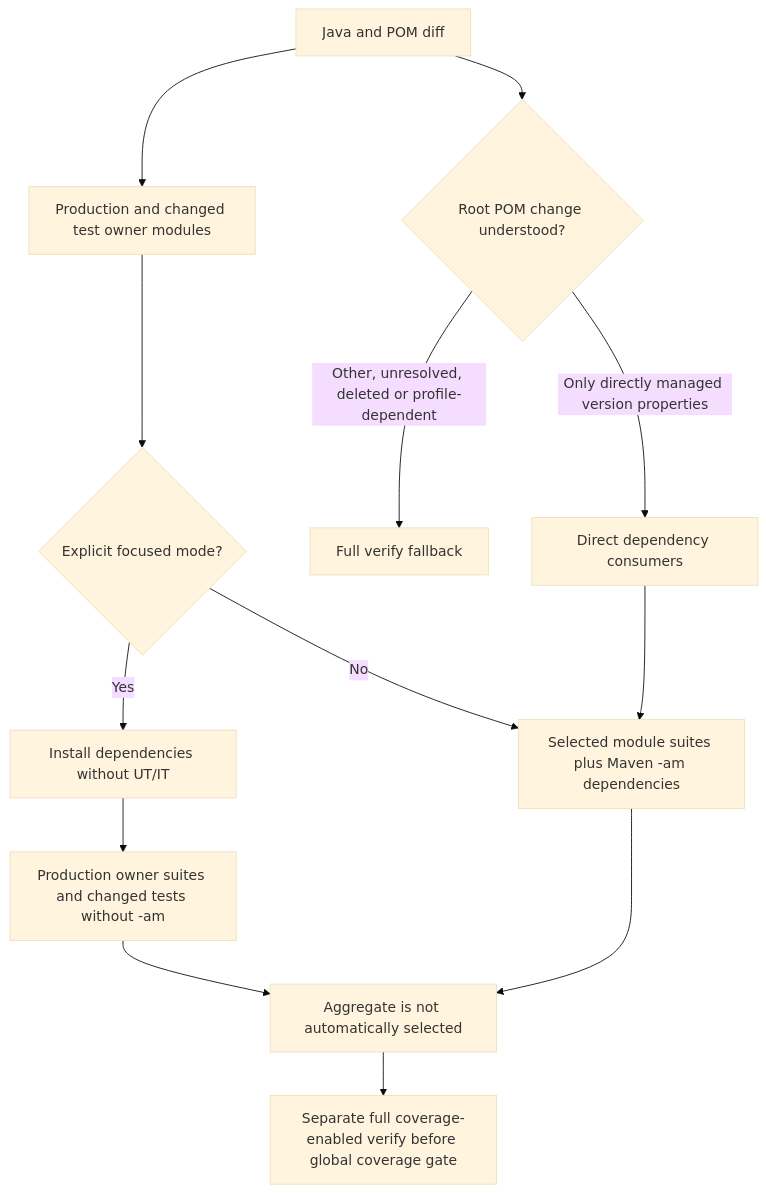
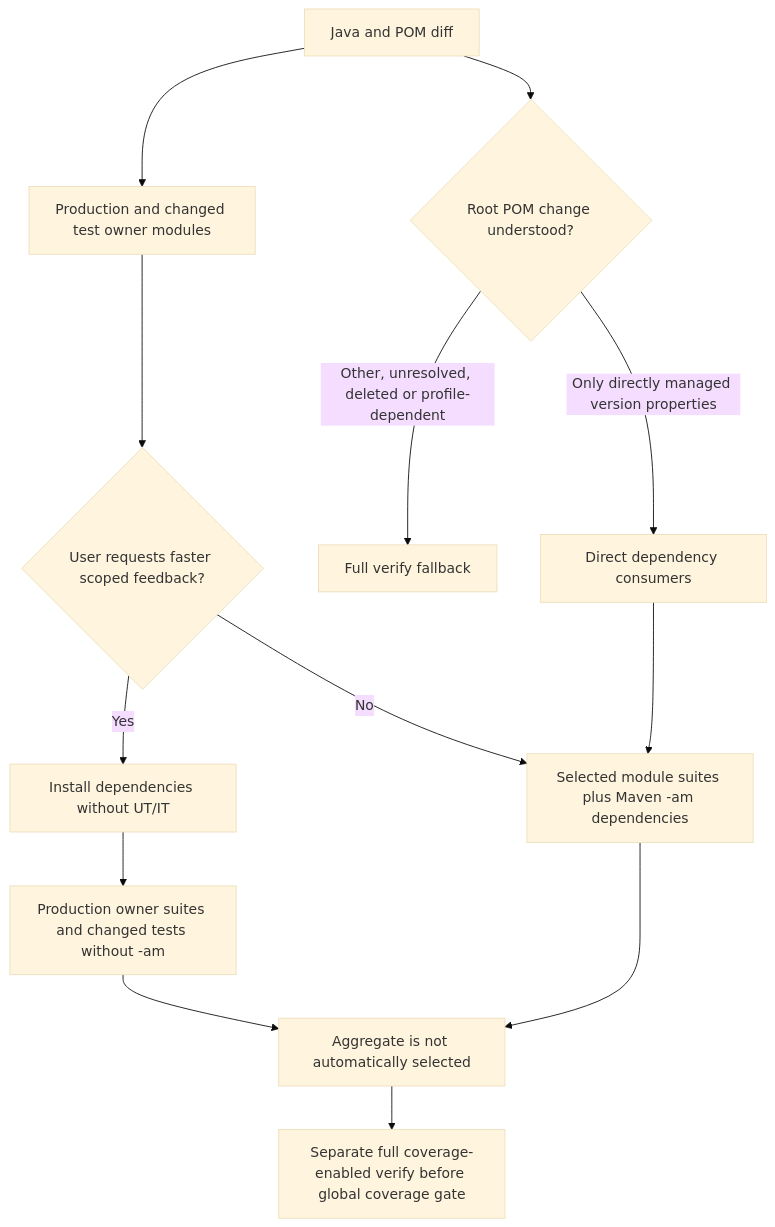
Before and after one commit to antonillos/makevn: the fourth of 4 diagrams in docs/workflow-guidance.md, drawn with Mermaid (base theme). The commit also changed other lines of this file and 6 other files, not shown here.

Commit message:
docs(agents): explain focused verification scope and mode selection

````diff
--- a/docs/workflow-guidance.md
+++ b/docs/workflow-guidance.md
@@ -130,15 +130,15 @@
 ```mermaid
 flowchart TD
   Diff[Java and POM diff] --> Owners[Production and changed test owner modules]
   Diff --> POM{Root POM change understood?}
   POM -->|Only directly managed version properties| Consumers[Direct dependency consumers]
   POM -->|Other, unresolved, deleted or profile-dependent| Full[Full verify fallback]
-  Owners --> Mode{Explicit focused mode?}
+  Owners --> Mode{User requests faster scoped feedback?}
   Mode -->|No| Verify[Selected module suites plus Maven -am dependencies]
   Mode -->|Yes| Prepare[Install dependencies without UT/IT]
   Prepare --> Focus[Production owner suites and changed tests without -am]
   Focus --> Separate
   Consumers --> Verify
   Verify --> Separate[Aggregate is not automatically selected]
   Separate --> Gate[Separate full coverage-enabled verify before global coverage gate]
 ```
````
